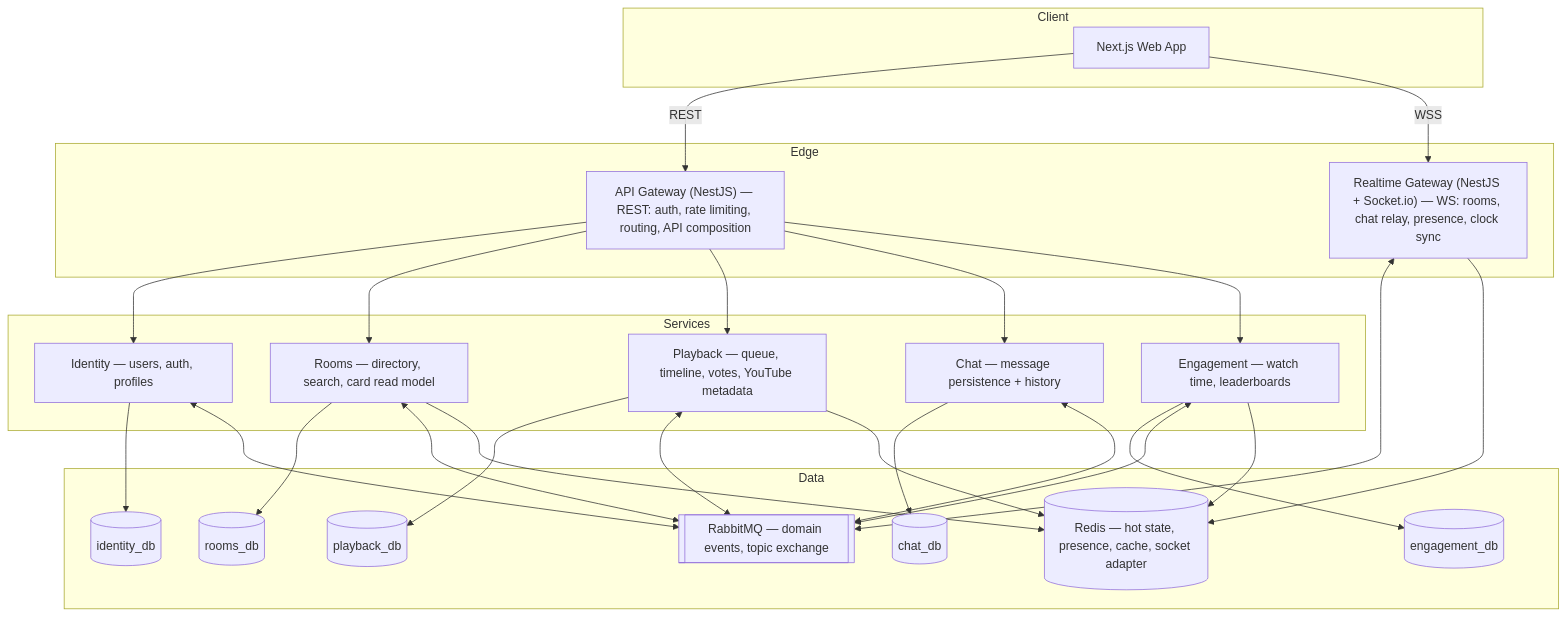
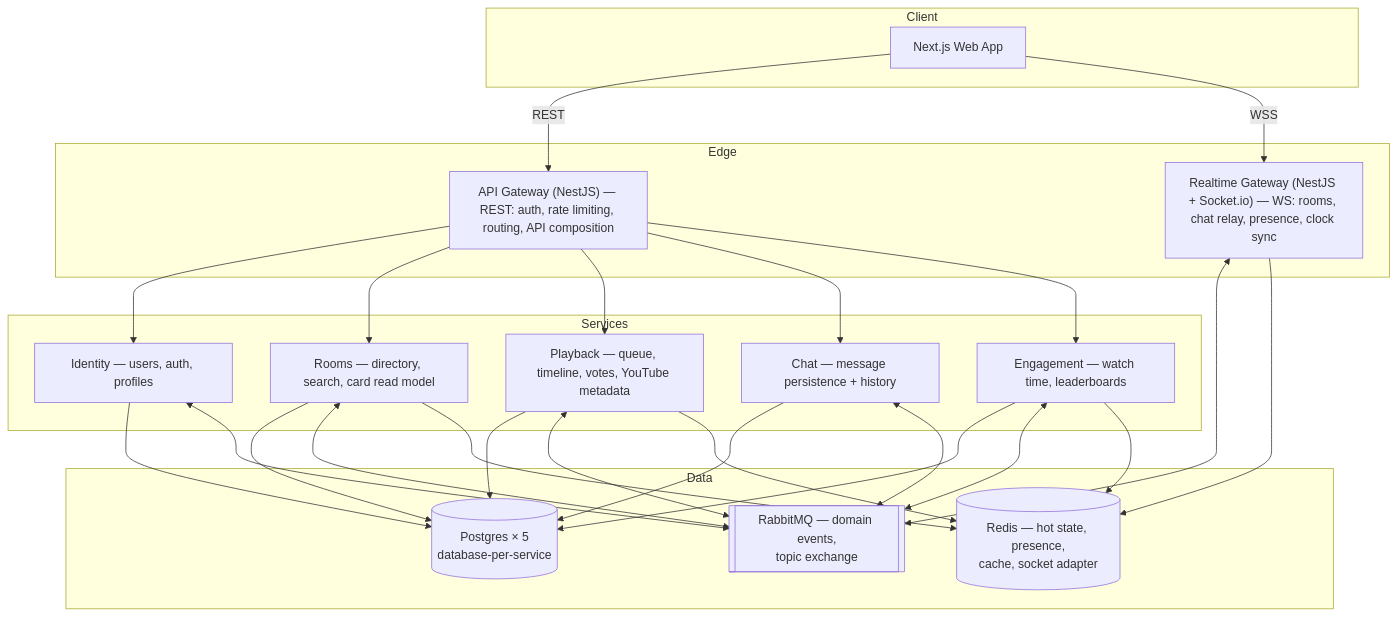
One commit to flaviodorta/lilochat-app changed the diagram in README.md. Above: the diagram before and after it, drawn with Mermaid. The commit also changed other lines of this file and 8 other files, not shown here.

````diff
--- a/README.md
+++ b/README.md
@@ -42,44 +65,36 @@
 ```mermaid
 graph TB
     subgraph Client
         WEB["Next.js Web App"]
     end
 
     subgraph Edge
         GW["API Gateway (NestJS) — REST: auth, rate limiting, routing, API composition"]
         RTG["Realtime Gateway (NestJS + Socket.io) — WS: rooms, chat relay, presence, clock sync"]
     end
 
     subgraph Services
         ID["Identity — users, auth, profiles"]
         RM["Rooms — directory, search, card read model"]
         PB["Playback — queue, timeline, votes, YouTube metadata"]
         CH["Chat — message persistence + history"]
         EN["Engagement — watch time, leaderboards"]
     end
 
     subgraph Data
-        PG1[("identity_db")]
-        PG2[("rooms_db")]
-        PG3[("playback_db")]
-        PG4[("chat_db")]
-        PG5[("engagement_db")]
-        RD[("Redis — hot state, presence, cache, socket adapter")]
-        MQ[["RabbitMQ — domain events, topic exchange"]]
+        PG[("Postgres × 5<br/>database-per-service")]
+        RD[("Redis — hot state, presence,<br/>cache, socket adapter")]
+        MQ[["RabbitMQ — domain events,<br/>topic exchange"]]
     end
 
     WEB -->|REST| GW
     WEB -->|WSS| RTG
     GW --> ID & RM & PB & CH & EN
     RTG <--> MQ
     RTG --> RD
-    ID --> PG1
-    RM --> PG2
-    PB --> PG3
-    CH --> PG4
-    EN --> PG5
+    ID & RM & PB & CH & EN --> PG
     ID & RM & PB & CH & EN <--> MQ
     PB --> RD
     RM --> RD
     EN --> RD
 ```
````
